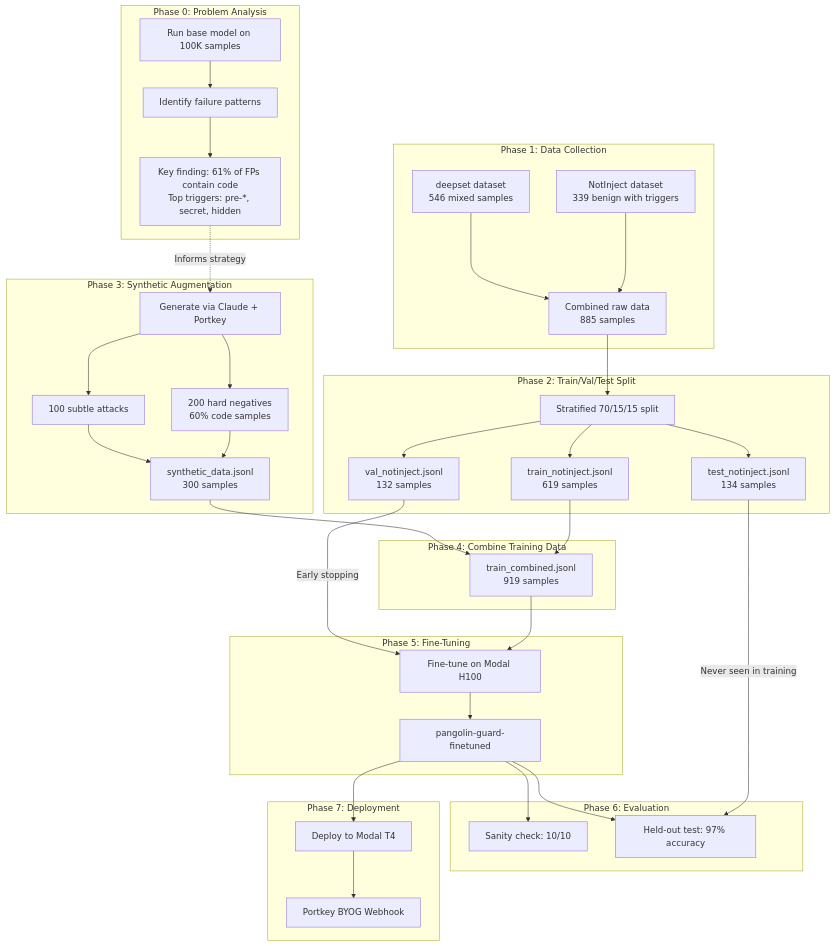
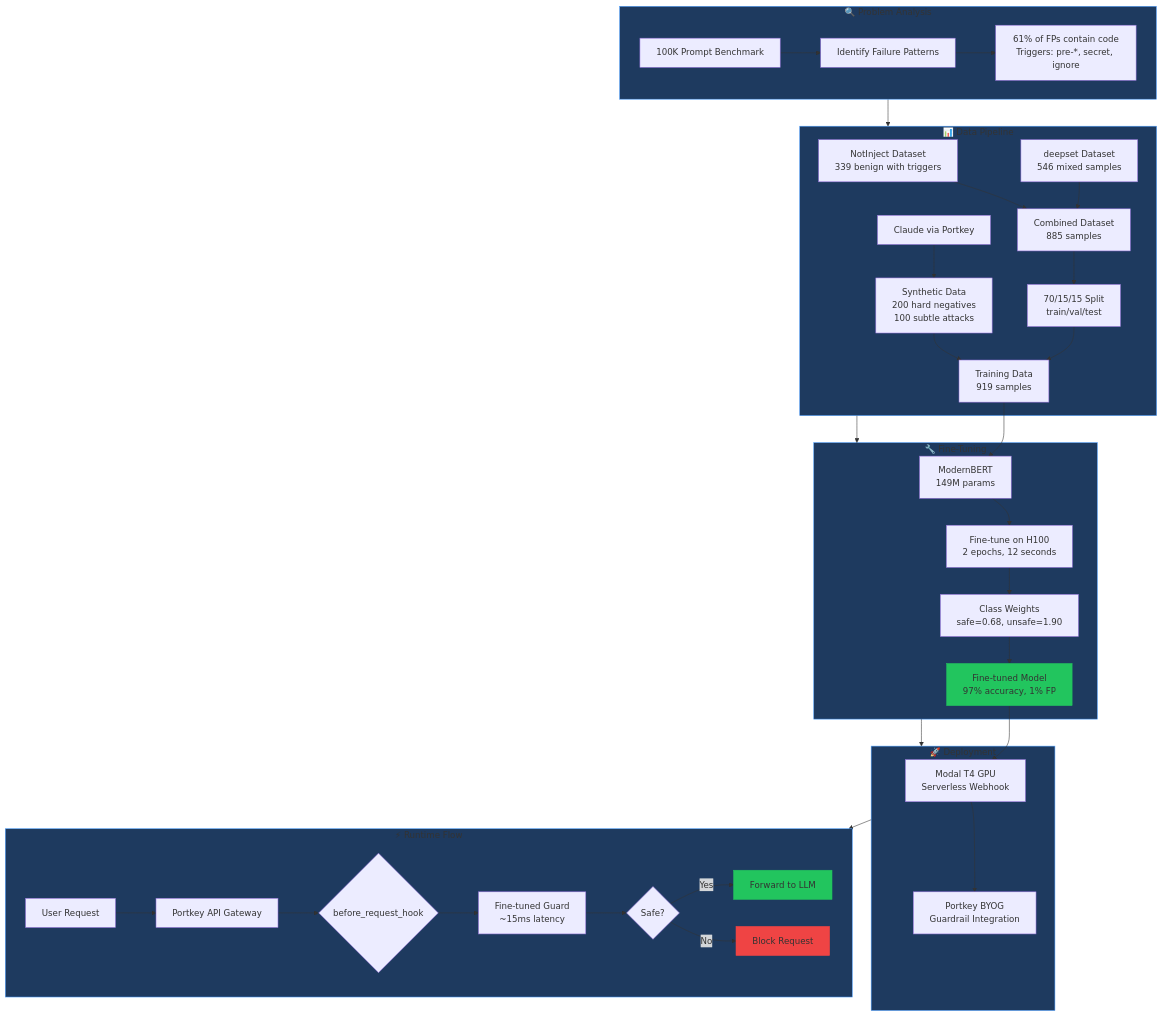
Before and after one commit to Prajwalsrinvas/portkey-hackathon: the first of 2 diagrams in README.md, drawn with Mermaid. The commit also changed other lines of this file and 3 other files, not shown here.

````diff
--- a/README.md
+++ b/README.md
@@ -75,49 +106,52 @@
 ```mermaid
 flowchart TB
-    subgraph ANALYSIS["Phase 0: Problem Analysis"]
-        A0[Run base model on 100K samples] --> A1[Identify failure patterns]
-        A1 --> A2["Key finding: 61% of FPs contain code<br/>Top triggers: pre-*, secret, hidden"]
+    subgraph Problem["🔍 Problem Analysis"]
+        A[100K Prompt Benchmark] --> B[Identify Failure Patterns]
+        B --> C["61% of FPs contain code<br/>Triggers: pre-*, secret, ignore"]
     end
 
-    subgraph DATA["Phase 1: Data Collection"]
-        B1[NotInject dataset<br/>339 benign with triggers] --> B3[Combined raw data<br/>885 samples]
-        B2[deepset dataset<br/>546 mixed samples] --> B3
+    subgraph Data["📊 Data Pipeline"]
+        D[NotInject Dataset<br/>339 benign with triggers] --> G[Combined Dataset<br/>885 samples]
+        E[deepset Dataset<br/>546 mixed samples] --> G
+        G --> H[70/15/15 Split<br/>train/val/test]
+
+        I[Claude via Portkey] --> J[Synthetic Data<br/>200 hard negatives<br/>100 subtle attacks]
+        J --> K[Training Data<br/>919 samples]
+        H --> K
     end
 
-    subgraph SPLIT["Phase 2: Train/Val/Test Split"]
-        B3 --> C1[Stratified 70/15/15 split]
-        C1 --> C2[train_notinject.jsonl<br/>619 samples]
-        C1 --> C3[val_notinject.jsonl<br/>132 samples]
-        C1 --> C4[test_notinject.jsonl<br/>134 samples]
+    subgraph Training["🔧 Fine-Tuning"]
+        K --> L[ModernBERT<br/>149M params]
+        L --> M["Fine-tune on H100<br/>2 epochs, 12 seconds"]
+        M --> N["Class Weights<br/>safe=0.68, unsafe=1.90"]
+        N --> O[Fine-tuned Model<br/>97% accuracy, 1% FP]
     end
 
-    subgraph SYNTH["Phase 3: Synthetic Augmentation"]
-        A2 -.->|Informs strategy| D1
-        D1[Generate via Claude + Portkey] --> D2[200 hard negatives<br/>60% code samples]
-        D1 --> D3[100 subtle attacks]
-        D2 --> D4[synthetic_data.jsonl<br/>300 samples]
-        D3 --> D4
+    subgraph Deploy["🚀 Deployment"]
+        O --> P[Modal T4 GPU<br/>Serverless Webhook]
+        P --> Q[Portkey BYOG<br/>Guardrail Integration]
     end
 
-    subgraph COMBINE["Phase 4: Combine Training Data"]
-        C2 --> E1[train_combined.jsonl<br/>919 samples]
-        D4 --> E1
+    subgraph Runtime["⚡ Runtime Flow"]
+        R[User Request] --> S[Portkey API Gateway]
+        S --> T{before_request_hook}
+        T --> U[Fine-tuned Guard<br/>~15ms latency]
+        U --> V{Safe?}
+        V -->|Yes| W[Forward to LLM]
+        V -->|No| X[Block Request]
     end
 
-    subgraph TRAIN["Phase 5: Fine-Tuning"]
-        E1 --> F1[Fine-tune on Modal H100]
-        C3 -->|Early stopping| F1
-        F1 --> F2[pangolin-guard-finetuned]
-    end
+    Problem --> Data
+    Data --> Training
+    Training --> Deploy
+    Deploy --> Runtime
 
-    subgraph EVAL["Phase 6: Evaluation"]
-        F2 --> G1[Sanity check: 10/10]
-        C4 -->|Never seen in training| G2[Held-out test: 97% accuracy]
-        F2 --> G2
-    end
-
-    subgraph DEPLOY["Phase 7: Deployment"]
-        F2 --> H1[Deploy to Modal T4]
-        H1 --> H2[Portkey BYOG Webhook]
-    end
+    style Problem fill:#1e3a5f,stroke:#4a9eff
+    style Data fill:#1e3a5f,stroke:#4a9eff
+    style Training fill:#1e3a5f,stroke:#4a9eff
+    style Deploy fill:#1e3a5f,stroke:#4a9eff
+    style Runtime fill:#1e3a5f,stroke:#4a9eff
+    style O fill:#22c55e,stroke:#22c55e
+    style X fill:#ef4444,stroke:#ef4444
+    style W fill:#22c55e,stroke:#22c55e
 ```
````
